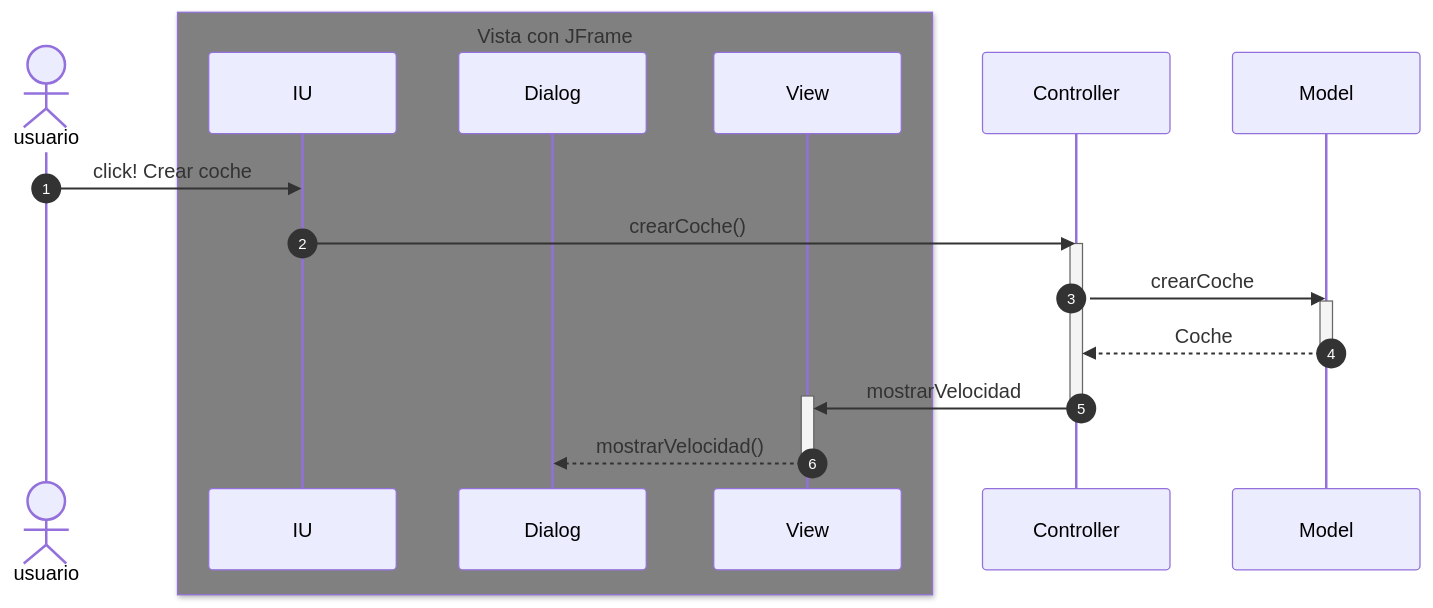
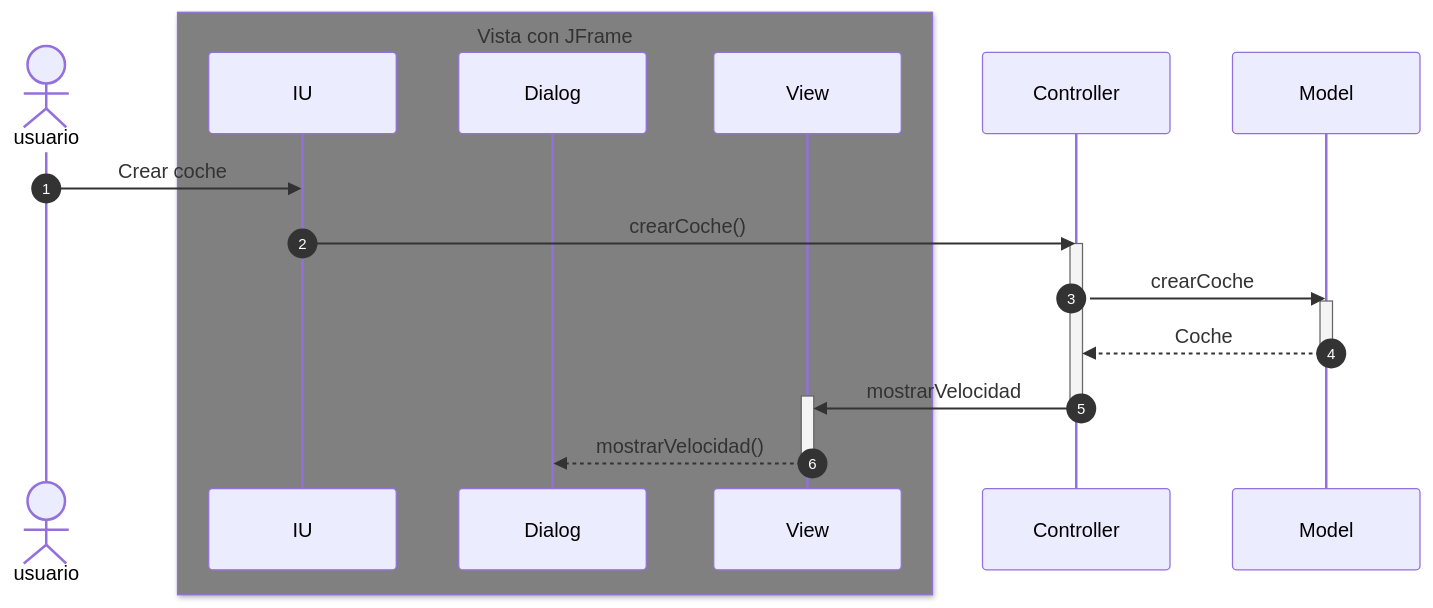
The third of 3 diagrams in Readme.md (damiancastelao/MVC_coches_solucion), drawn with Mermaid before and after one commit. The commit also changed other lines of this file, not shown here.

Commit message:
Readme actualizado co diagrama de secuencias bn

````diff
--- a/Readme.md
+++ b/Readme.md
@@ -67,24 +67,24 @@
 ```mermaid
 sequenceDiagram
     autonumber
     actor usuario
     box gray Vista con JFrame
         participant IU
         participant Dialog
         participant View
         end
         
     participant Controller
     participant Model
 
-    usuario->>IU: click! Crear coche
+    usuario->>IU:  Crear coche
     IU->>Controller: crearCoche()
     activate Controller
     Controller->>Model: crearCoche
     activate Model
     Model-->>Controller: Coche
     deactivate Model
     Controller->>+View: mostrarVelocidad
     deactivate Controller
     View-->>-Dialog: mostrarVelocidad()
 ```
````
